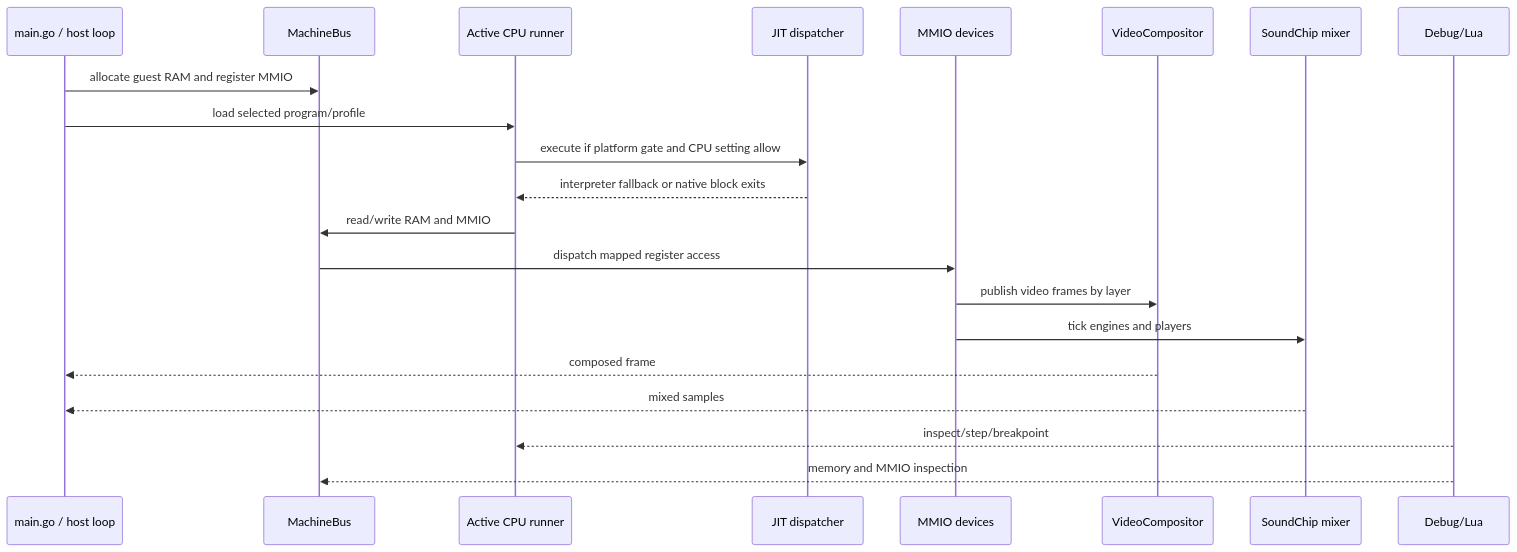
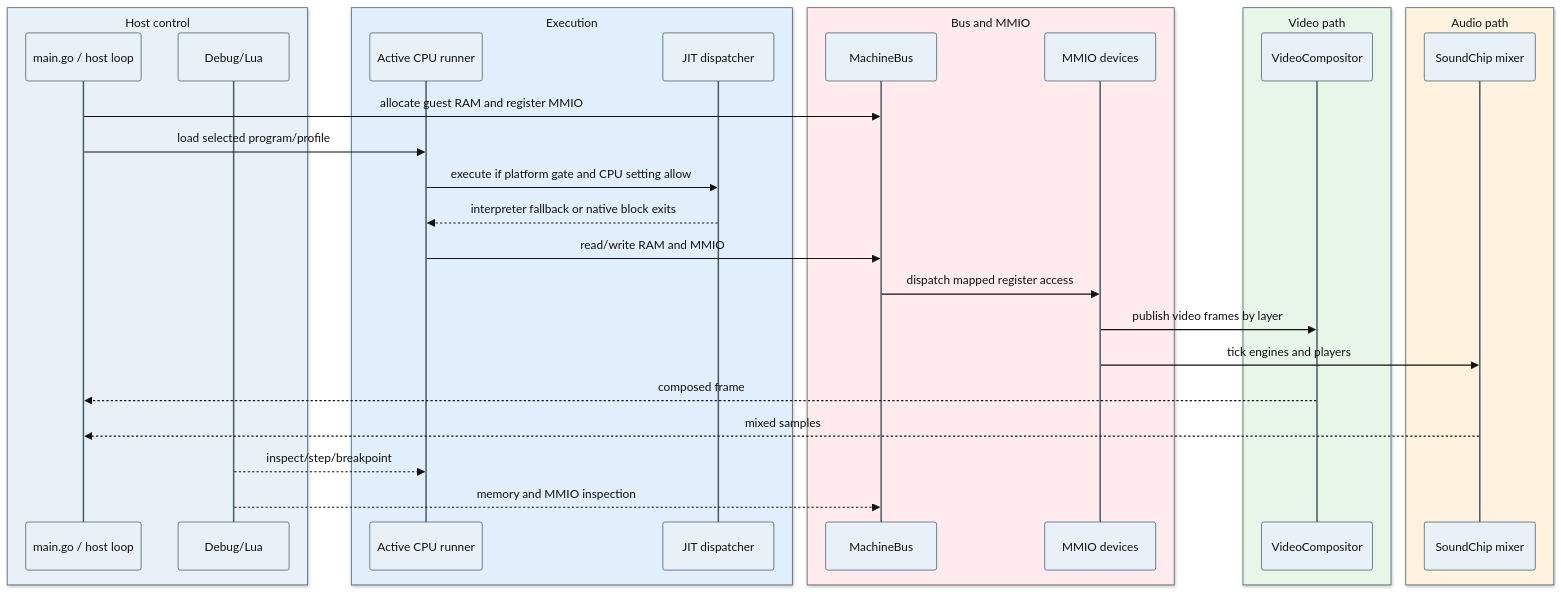
Before and after one commit to IntuitionAmiga/IntuitionEngine: the fourth of 12 diagrams in sdk/docs/architecture.md, drawn with Mermaid. The commit also changed other lines of this file, not shown here.

Commit message:
Architecture docs refresh with mermaid diagrams

````diff
--- a/sdk/docs/architecture.md
+++ b/sdk/docs/architecture.md
@@ -125,24 +376,35 @@
 ```mermaid
+%%{init: {'theme': 'base', 'themeVariables': {'primaryColor': '#E8F1F8', 'primaryBorderColor': '#455A64', 'primaryTextColor': '#111111', 'actorBkg': '#E8F1F8', 'actorBorder': '#455A64', 'actorTextColor': '#111111', 'activationBkgColor': '#FFF3E0', 'activationBorderColor': '#EF6C00', 'sequenceNumberColor': '#111111'}}}%%
 sequenceDiagram
-    participant Host as main.go / host loop
-    participant Bus as MachineBus
-    participant CPU as Active CPU runner
-    participant JIT as JIT dispatcher
-    participant Dev as MMIO devices
-    participant Video as VideoCompositor
-    participant Audio as SoundChip mixer
-    participant Debug as Debug/Lua
+    box rgb(232, 241, 248) Host control
+        participant Host as main.go / host loop
+        participant Debug as Debug/Lua
+    end
+    box rgb(225, 238, 251) Execution
+        participant CPU as Active CPU runner
+        participant JIT as JIT dispatcher
+    end
+    box rgb(255, 235, 238) Bus and MMIO
+        participant Bus as MachineBus
+        participant Dev as MMIO devices
+    end
+    box rgb(232, 245, 233) Video path
+        participant Video as VideoCompositor
+    end
+    box rgb(255, 243, 224) Audio path
+        participant Audio as SoundChip mixer
+    end
 
     Host->>Bus: allocate guest RAM and register MMIO
     Host->>CPU: load selected program/profile
     CPU->>JIT: execute if platform gate and CPU setting allow
     JIT-->>CPU: interpreter fallback or native block exits
     CPU->>Bus: read/write RAM and MMIO
     Bus->>Dev: dispatch mapped register access
     Dev->>Video: publish video frames by layer
     Dev->>Audio: tick engines and players
     Video-->>Host: composed frame
     Audio-->>Host: mixed samples
     Debug-->>CPU: inspect/step/breakpoint
     Debug-->>Bus: memory and MMIO inspection
 ```
````
